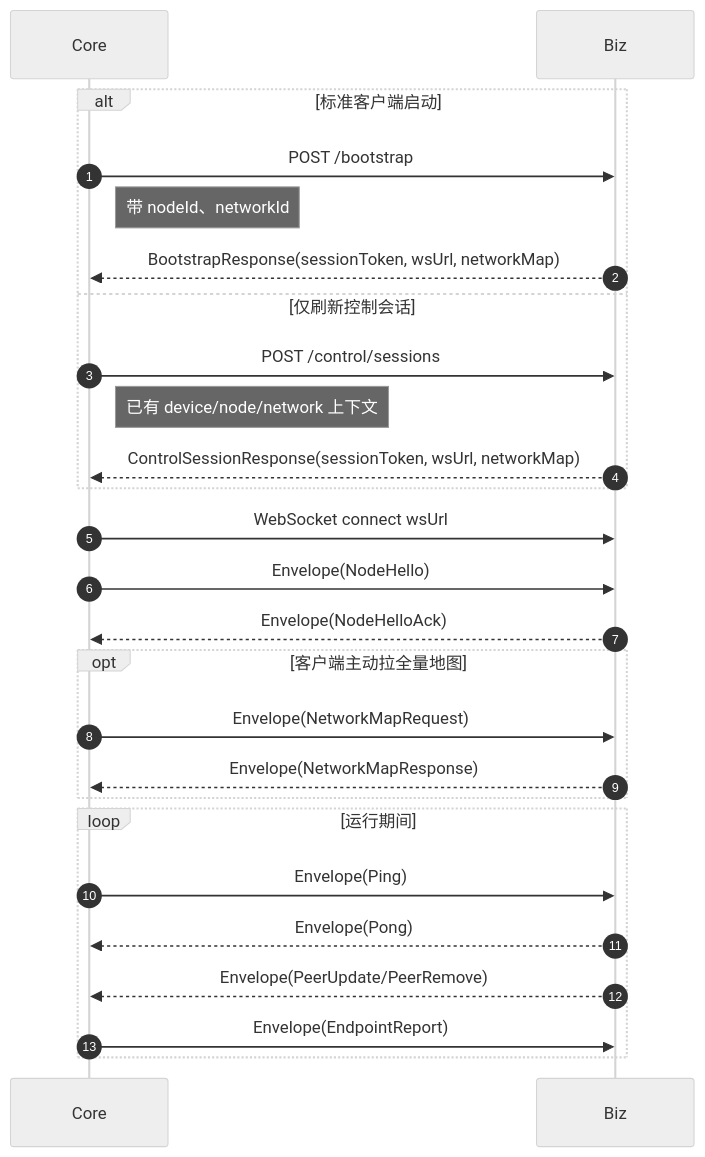
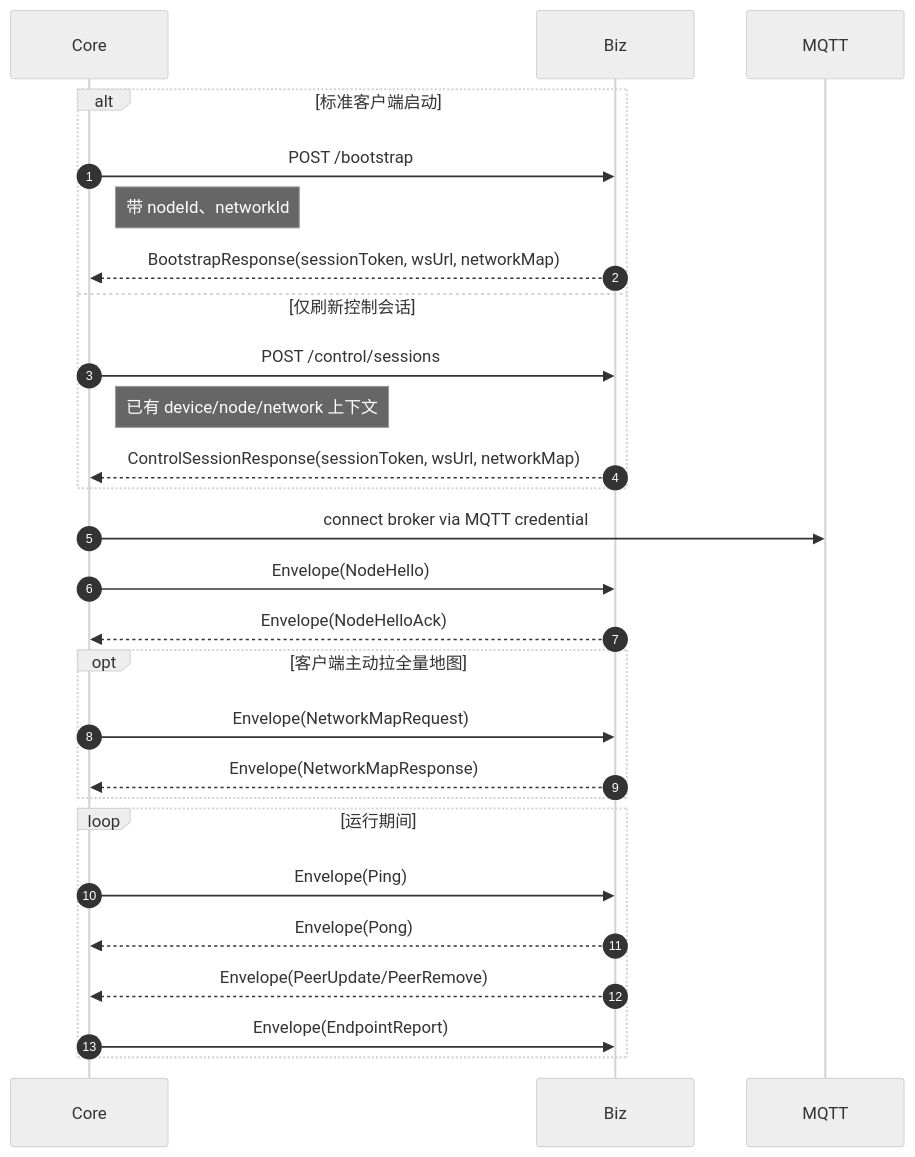
One commit to thorli9527/slan changed the sixth of 11 diagrams in docs/architecture/sequence-diagrams.md. Above: the diagram before and after it, drawn with Mermaid (neutral theme). The commit also changed other lines of this file and 47 other files, not shown here.

````diff
--- a/docs/architecture/sequence-diagrams.md
+++ b/docs/architecture/sequence-diagrams.md
@@ -209,32 +209,32 @@
 ```mermaid
 sequenceDiagram
     autonumber
     participant Core as Core
     participant Biz as Biz
 
     alt 标准客户端启动
         Core->>Biz: POST /bootstrap
         Note right of Core: 带 nodeId、networkId
         Biz-->>Core: BootstrapResponse(sessionToken, wsUrl, networkMap)
     else 仅刷新控制会话
         Core->>Biz: POST /control/sessions
         Note right of Core: 已有 device/node/network 上下文
         Biz-->>Core: ControlSessionResponse(sessionToken, wsUrl, networkMap)
     end
 
-    Core->>Biz: WebSocket connect wsUrl
+    Core->>MQTT: connect broker via MQTT credential
     Core->>Biz: Envelope(NodeHello)
     Biz-->>Core: Envelope(NodeHelloAck)
 
     opt 客户端主动拉全量地图
         Core->>Biz: Envelope(NetworkMapRequest)
         Biz-->>Core: Envelope(NetworkMapResponse)
     end
 
     loop 运行期间
         Core->>Biz: Envelope(Ping)
         Biz-->>Core: Envelope(Pong)
         Biz-->>Core: Envelope(PeerUpdate/PeerRemove)
         Core->>Biz: Envelope(EndpointReport)
     end
 ```
````
